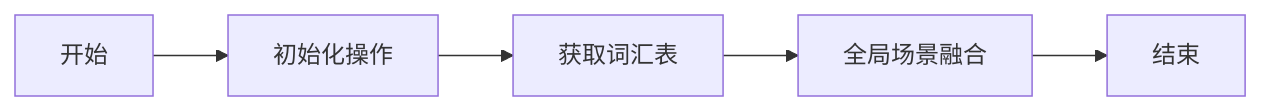
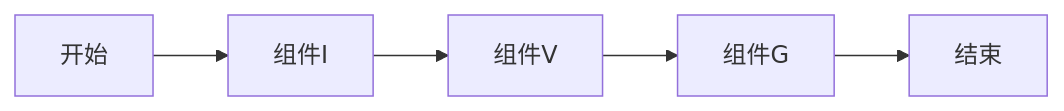
The sixth of 10 diagrams in README.md (tenderne13/hello-easy-flow-bpmn), drawn with Mermaid before and after one commit. The commit also changed other lines of this file and 3 other files, not shown here.

````diff
--- a/README.md
+++ b/README.md
@@ -126,7 +126,7 @@
 ```mermaid
 graph LR
     开始 --> A
-    A[初始化操作] --> B[获取词汇表]
-    B --> C[全局场景融合]
+    A[组件I] --> B[组件V]
+    B --> C[组件G]
     C --> 结束
 ```
````
